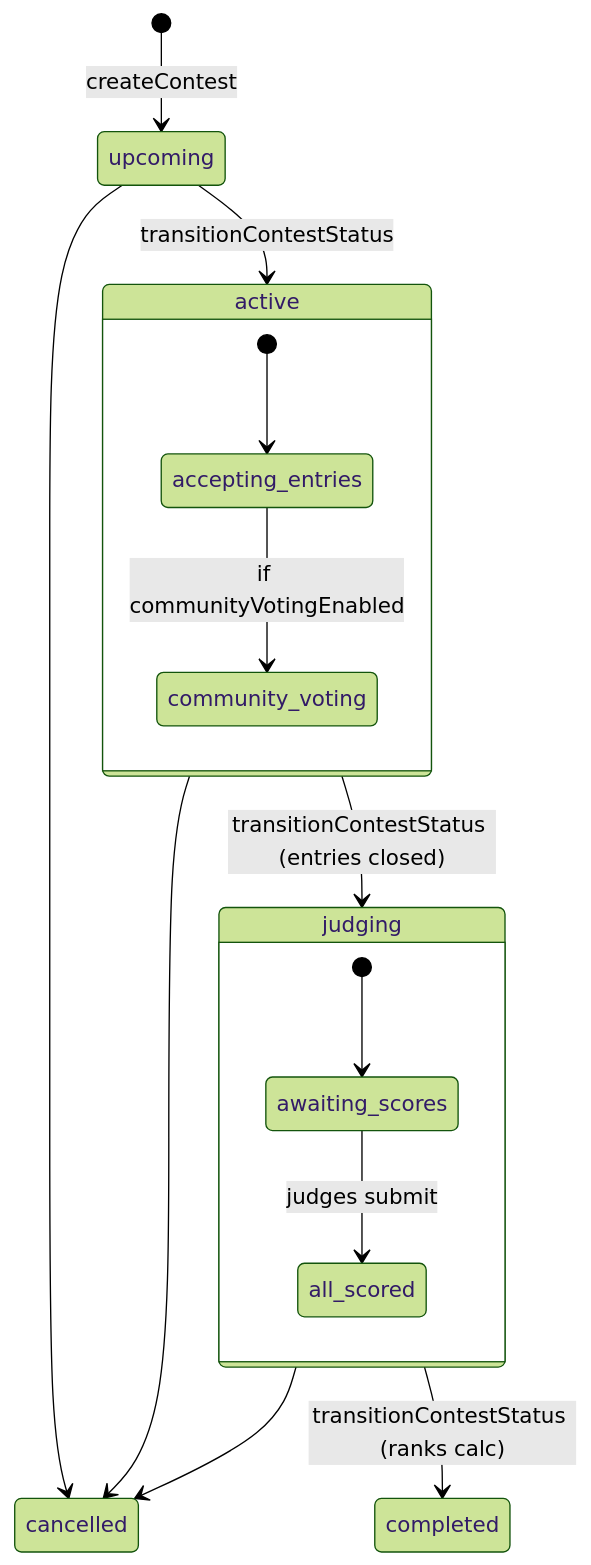
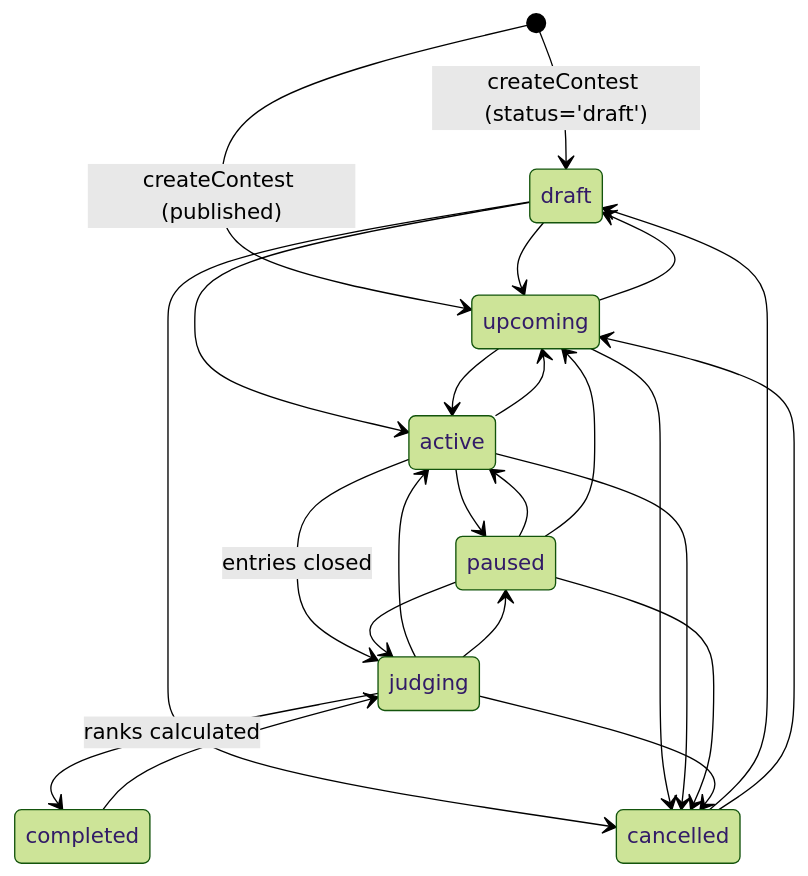
Before and after one commit to commonpub/commonpub: the third of 16 diagrams in codebase-analysis/07-state-diagrams.md, drawn with Mermaid (forest theme). The commit also changed other lines of this file and 37 other files, not shown here.

````diff
--- a/codebase-analysis/07-state-diagrams.md
+++ b/codebase-analysis/07-state-diagrams.md
@@ -66,20 +71,26 @@
 ```mermaid
 stateDiagram-v2
-    [*] --> upcoming : createContest
-    upcoming --> active : transitionContestStatus
-    active --> judging : transitionContestStatus (entries closed)
-    judging --> completed : transitionContestStatus (ranks calc)
+    [*] --> draft : createContest (status='draft')
+    [*] --> upcoming : createContest (published)
+    draft --> upcoming
+    draft --> active
+    draft --> cancelled
+    upcoming --> draft
+    upcoming --> active
     upcoming --> cancelled
+    active --> upcoming
+    active --> paused
+    active --> judging : entries closed
     active --> cancelled
+    paused --> active
+    paused --> upcoming
+    paused --> judging
+    paused --> cancelled
+    judging --> active
+    judging --> paused
+    judging --> completed : ranks calculated
     judging --> cancelled
-
-    state active {
-        [*] --> accepting_entries
-        accepting_entries --> community_voting : if communityVotingEnabled
-    }
-
-    state judging {
-        [*] --> awaiting_scores
-        awaiting_scores --> all_scored : judges submit
-    }
+    completed --> judging
+    cancelled --> draft
+    cancelled --> upcoming
 ```
````
